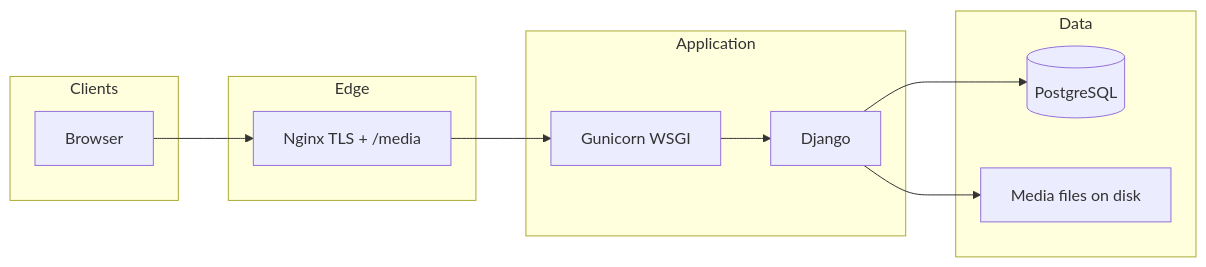
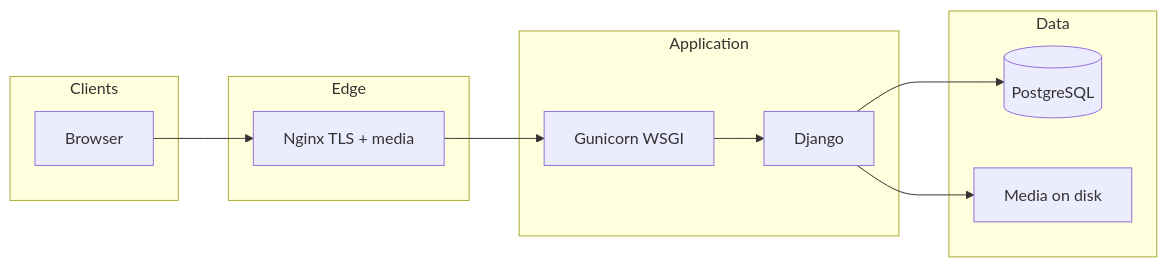
Before and after one commit to ridham-art/radhe-cars: the diagram in README.md, drawn with Mermaid. The commit also changed other lines of this file and 3 other files, not shown here.

````diff
--- a/README.md
+++ b/README.md
@@ -67,22 +72,22 @@
 ```mermaid
 flowchart LR
   subgraph clients [Clients]
     Browser[Browser]
   end
   subgraph edge [Edge]
-    Nginx[Nginx TLS + /media]
+    Nginx[Nginx TLS + media]
   end
   subgraph app [Application]
     Gunicorn[Gunicorn WSGI]
     Django[Django]
   end
   subgraph data [Data]
     Postgres[(PostgreSQL)]
-    Media[Media files on disk]
+    Media[Media on disk]
   end
   Browser --> Nginx
   Nginx --> Gunicorn
   Gunicorn --> Django
   Django --> Postgres
   Django --> Media
 ```
````
